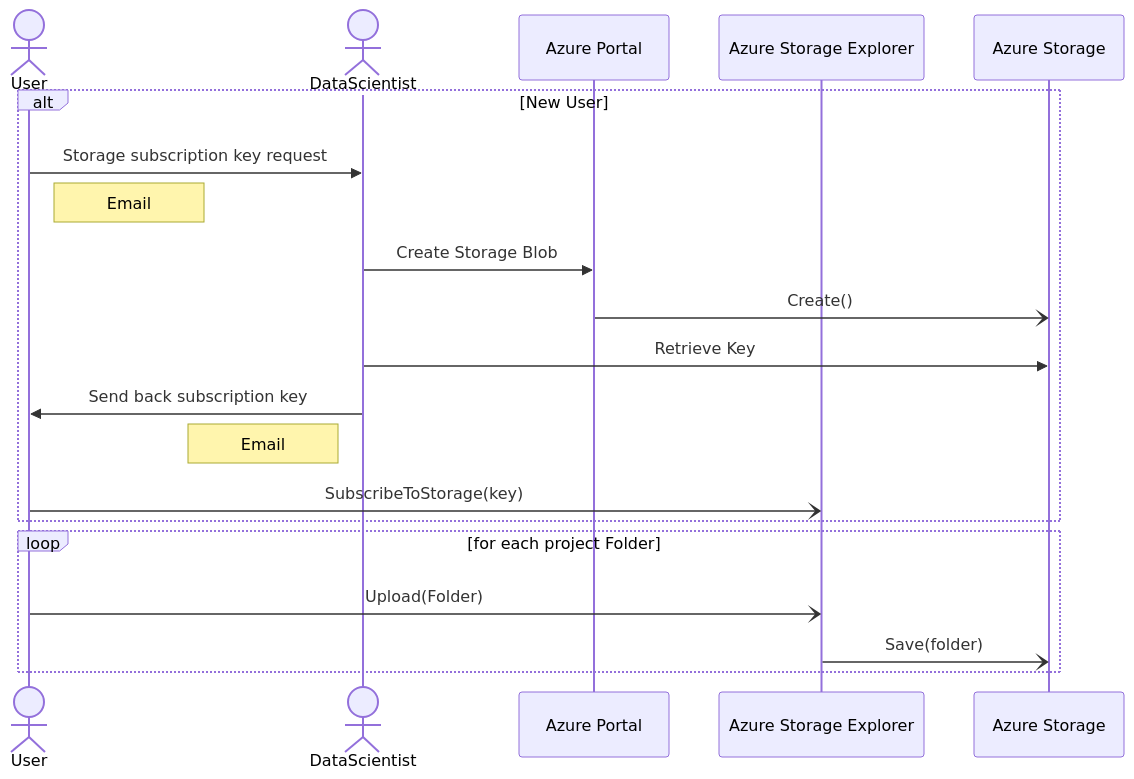
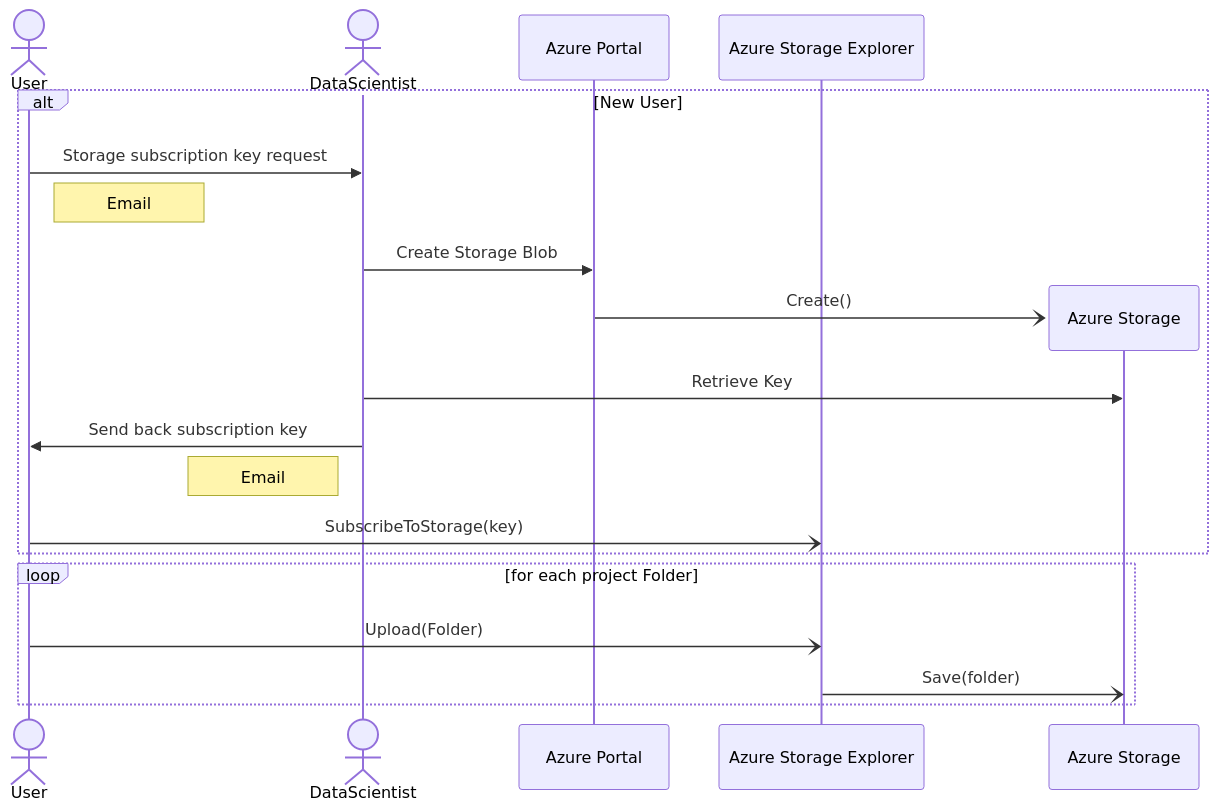
Before and after one commit to ai-cfia/ailab-datastore: the second of 5 diagrams in metadata-doc.md, drawn with Mermaid. The commit also changed other lines of this file, not shown here.

````diff
--- a/metadata-doc.md
+++ b/metadata-doc.md
@@ -33,24 +37,25 @@
 ``` mermaid  
 sequenceDiagram
     
     actor User
     actor DataScientist
     participant Azure Portal
     participant Azure Storage Explorer
-    participant Azure Storage
+    
     alt New User
         User->>DataScientist: Storage subscription key request 
         Note right of User: Email
         DataScientist->>Azure Portal: Create Storage Blob
+        create participant Azure Storage
         Azure Portal-)Azure Storage: Create()
         DataScientist->>Azure Storage: Retrieve Key
         DataScientist->>User: Send back subscription key
         Note left of DataScientist: Email
         User-)Azure Storage Explorer: SubscribeToStorage(key)
     end
     loop for each project Folder
         User-)Azure Storage Explorer: Upload(Folder)
         Azure Storage Explorer-) Azure Storage: Save(folder)
     end
                 
 ``` 
````
